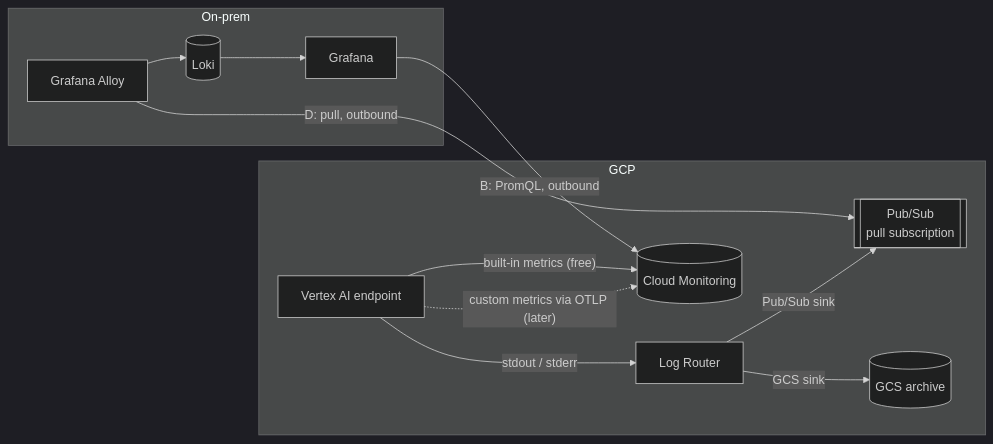
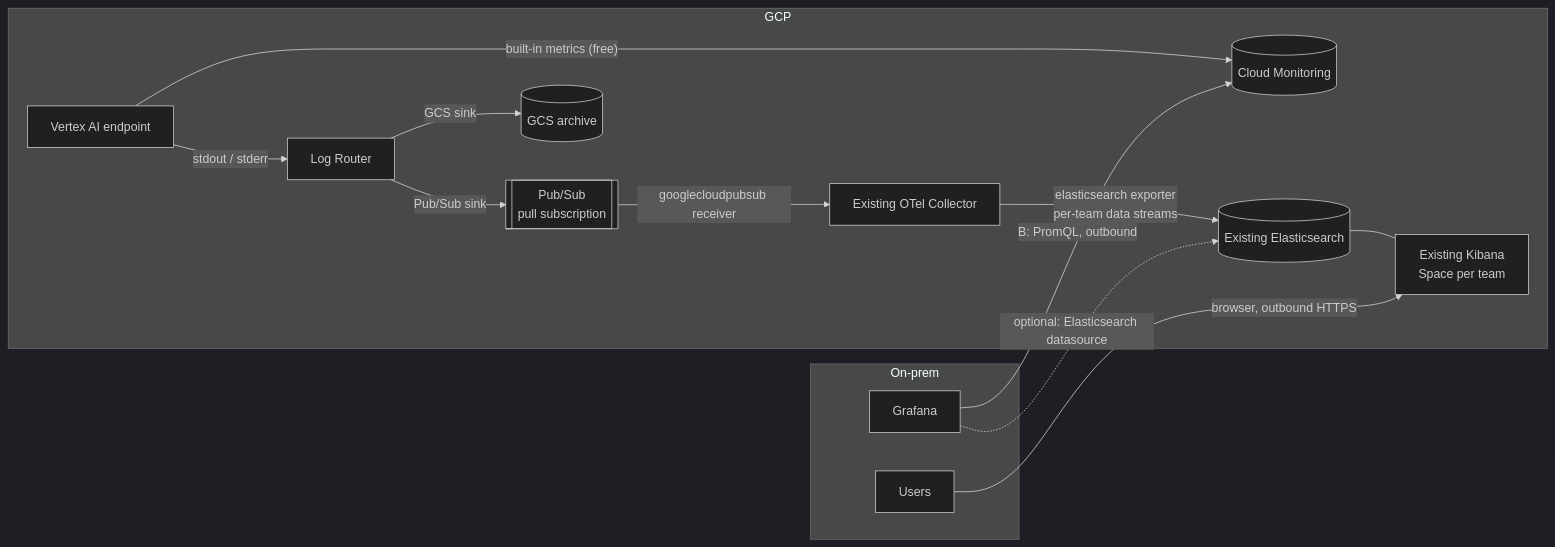
Before and after one commit to wongliping/devspace: the first of 8 diagrams in analysis2.md, drawn with Mermaid (dark theme). The commit also changed other lines of this file, not shown here.

````diff
--- a/analysis2.md
+++ b/analysis2.md
@@ -28,15 +28,18 @@
 ```mermaid
 flowchart LR
     subgraph gcp["GCP"]
         V["Vertex AI endpoint"] -->|"built-in metrics (free)"| CM[("Cloud Monitoring")]
-        V -.->|"custom metrics via OTLP (later)"| CM
         V -->|"stdout / stderr"| LR["Log Router"] -->|"Pub/Sub sink"| PS[["Pub/Sub<br/>pull subscription"]]
         LR -->|"GCS sink"| GCS[("GCS archive")]
+        PS -->|"googlecloudpubsub receiver"| OC["Existing OTel Collector"]
+        OC -->|"elasticsearch exporter<br/>per-team data streams"| ES[("Existing Elasticsearch")]
+        ES --- KB["Existing Kibana<br/>Space per team"]
     end
     subgraph onprem["On-prem"]
         G["Grafana"]
-        AL["Grafana Alloy"] --> LK[("Loki")] --> G
+        U["Users"]
     end
     G -->|"B: PromQL, outbound"| CM
-    AL -->|"D: pull, outbound"| PS
+    U -->|"browser, outbound HTTPS"| KB
+    G -.->|"optional: Elasticsearch datasource"| ES
 ```
````
